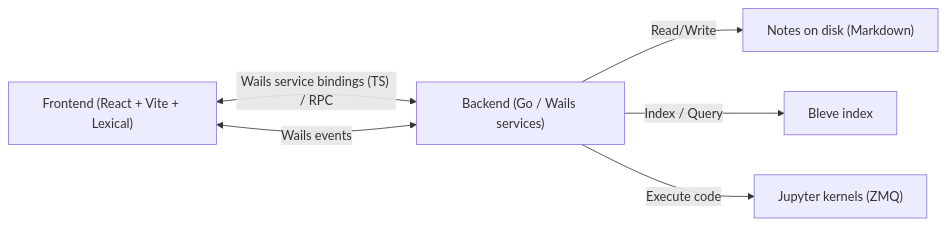
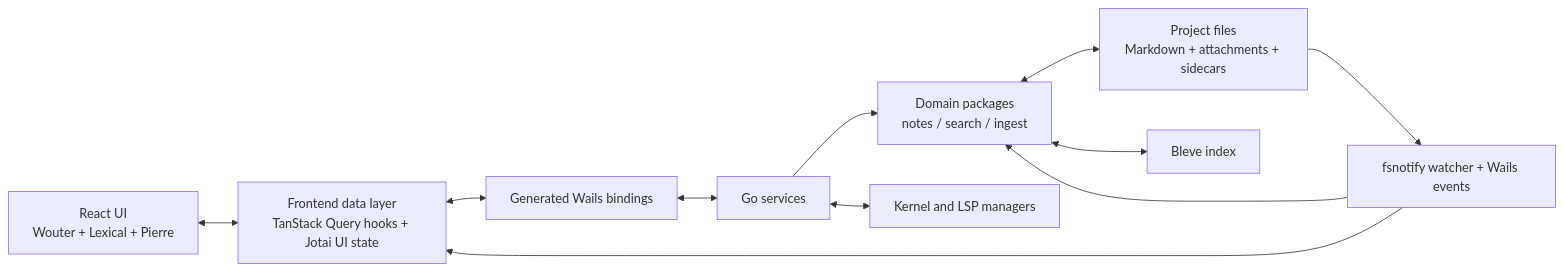
Before and after one commit to Etesam913/bytebook: the diagram in AGENTS.md, drawn with Mermaid. The commit also changed other lines of this file and 12 other files, not shown here.

````diff
--- a/AGENTS.md
+++ b/AGENTS.md
@@ -85,14 +132,23 @@
 ```mermaid
 flowchart LR
-  FE["Frontend (React + Vite + Lexical)"]
-  BE["Backend (Go / Wails services)"]
-  FS["Notes on disk (Markdown)"]
+  UI["React UI<br/>Wouter + Lexical + Pierre"]
+  DATA["Frontend data layer<br/>TanStack Query hooks + Jotai UI state"]
+  RPC["Generated Wails bindings"]
+  SVC["Go services"]
+  DOM["Domain packages<br/>notes / search / ingest"]
+  FS["Project files<br/>Markdown + attachments + sidecars"]
+  WATCH["fsnotify watcher + Wails events"]
   IDX["Bleve index"]
-  JUP["Jupyter kernels (ZMQ)"]
+  RUNTIME["Kernel and LSP managers"]
 
-  FE <-->|"Wails service bindings (TS) / RPC"| BE
-  FE <-->|"Wails events"| BE
-  BE -->|"Read/Write"| FS
-  BE -->|"Index / Query"| IDX
-  BE -->|"Execute code"| JUP
+  UI <--> DATA
+  DATA <--> RPC
+  RPC <--> SVC
+  SVC --> DOM
+  SVC <--> RUNTIME
+  DOM <--> FS
+  DOM <--> IDX
+  FS --> WATCH
+  WATCH --> DOM
+  WATCH --> DATA
 ```
````
